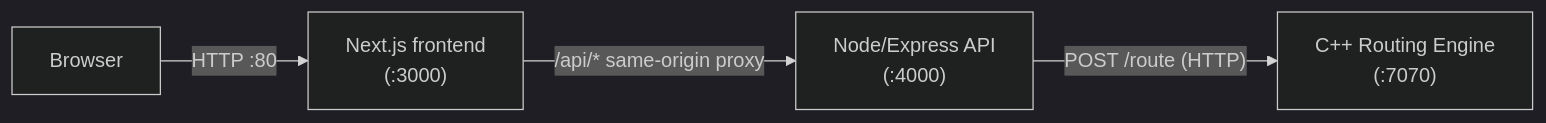
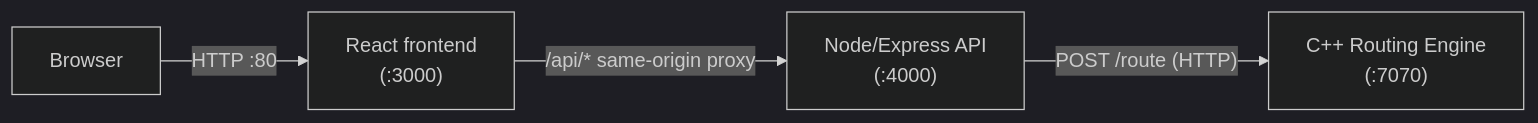
The diagram in README.md (Omkargaddi/Rapid_rails), drawn with Mermaid (dark theme) before and after one commit. The commit also changed other lines of this file and 31 other files, not shown here.

````diff
--- a/README.md
+++ b/README.md
@@ -43,6 +43,6 @@
 ```mermaid
 flowchart LR
-    Browser -->|"HTTP :80"| FE["Next.js frontend<br/>(:3000)"]
+    Browser -->|"HTTP :80"| FE["React frontend<br/>(:3000)"]
     FE -->|"/api/* same-origin proxy"| API["Node/Express API<br/>(:4000)"]
     API -->|"POST /route (HTTP)"| ENG["C++ Routing Engine<br/>(:7070)"]
 ```
````
